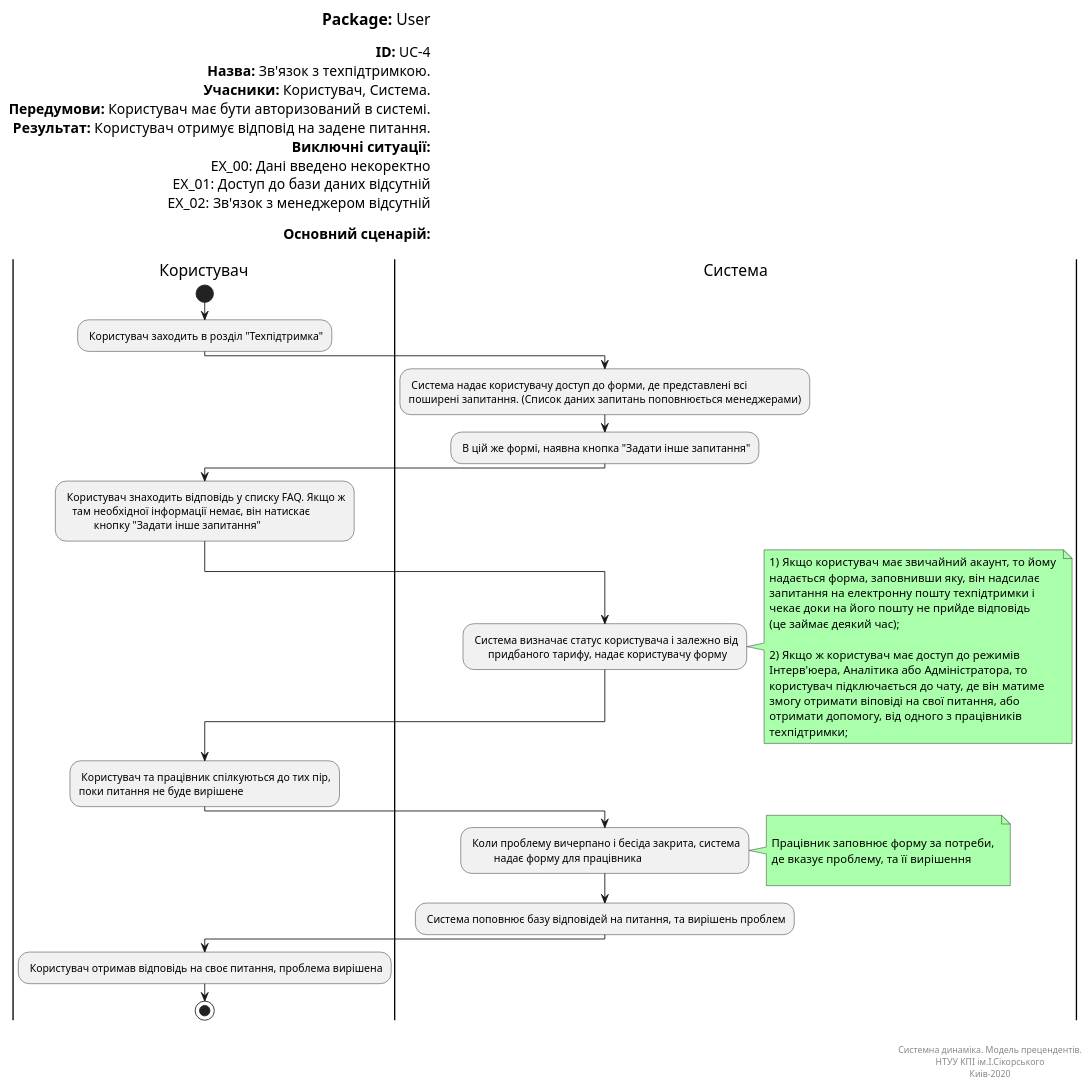
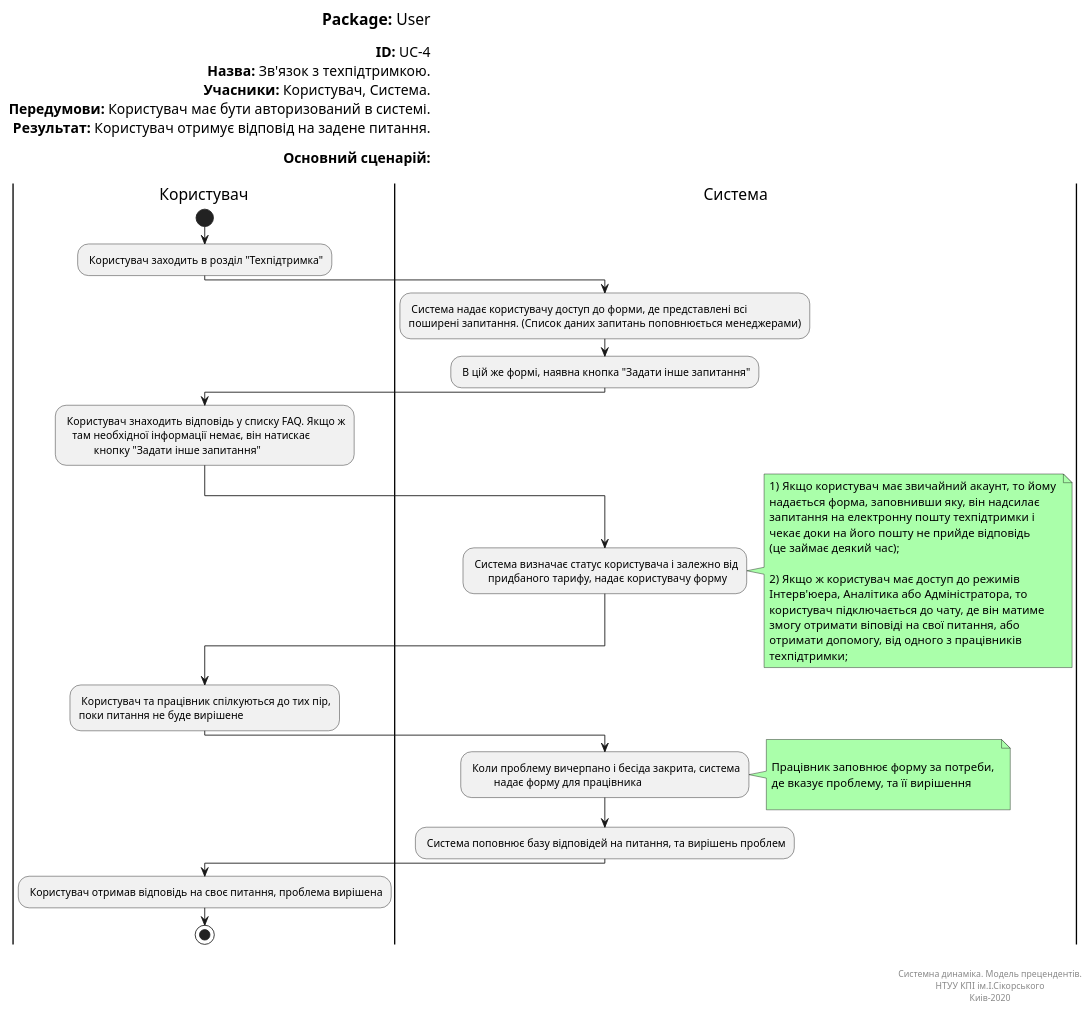
Before and after one commit to ip-85/System-Dynamics: the diagram in Doc/UMLDiagrams/scenarios/user/Diagrams/UML/UC4.pu, drawn with PlantUML.

```diff
--- a/Doc/UMLDiagrams/scenarios/user/Diagrams/UML/UC4.pu
+++ b/Doc/UMLDiagrams/scenarios/user/Diagrams/UML/UC4.pu
@@ -1,86 +1,82 @@
 @startuml userTechSupport
 left header
 <font color=000 size=18><b>Package:</b> User
 
 <font color=000 size=16><b>ID:</b> UC-4
 <font color=000 size=16><b>Назва:</b> Зв'язок з техпідтримкою.
 <font color=000 size=16><b>Учасники:</b> Користувач, Система.
 <font color=000 size=16><b>Передумови:</b> Користувач має бути авторизований в системі.
 <font color=000 size=16><b>Результат:</b> Користувач отримує відповід на задене питання. 
-<font color=000 size=16><b>Виключні ситуації:</b>
-<font color=000 size=16> EX_00: Дані введено некоректно
-<font color=000 size=16> EX_01: Доступ до бази даних відсутній
-<font color=000 size=16> EX_02: Зв'язок з менеджером відсутній
 
 <font color=000 size=16><b>Основний сценарій:</b>
 
 end header
 
 |Користувач|
 start
 : Користувач заходить в розділ "Техпідтримка";
 
 |Система|
 : Система надає користувачу доступ до форми, де представлені всі 
 поширені запитання. (Список даних запитань поповнюється менеджерами);
 
 : В цій же формі, наявна кнопка "Задати інше запитання";
 
 |Користувач|
 : Користувач знаходить відповідь у списку FAQ. Якщо ж 
    там необхідної інформації немає, він натискає 
            кнопку "Задати інше запитання";
            
 
 |Система|
 : Система визначає статус користувача і залежно від 
       придбаного тарифу, надає користувачу форму;
       
 note right #aaffaa
   1) Якщо користувач має звичайний акаунт, то йому 
   надається форма, заповнивши яку, він надсилає 
   запитання на електронну пошту техпідтримки і 
   чекає доки на його пошту не прийде відповідь 
   (це займає деякий час); 
 
   2) Якщо ж користувач має доступ до режимів 
   Інтерв'юера, Аналітика або Адміністратора, то 
   користувач підключається до чату, де він матиме 
   змогу отримати віповіді на свої питання, або 
   отримати допомогу, від одного з працівників 
   техпідтримки;  
 end note    
 
 |Користувач|
 : Користувач та працівник спілкуються до тих пір, 
 поки питання не буде вирішене;
       
 
 |Система|
 : Коли проблему вичерпано і бесіда закрита, система
          надає форму для працівника;
 note right #aaffaa
 
 Працівник заповнює форму за потреби, 
 де вказує проблему, та її вирішення
 
 end note
 
 : Система поповнює базу відповідей на питання, та вирішень проблем;
 
 
 |Користувач|
 
 : Користувач отримав відповідь на своє питання, проблема вирішена;
 
 stop;
 
 right footer
 
 
 Системна динаміка. Модель прецендентів.
 НТУУ КПІ ім.І.Сікорського
 Киів-2020
 end footer
 
 @enduml
```
